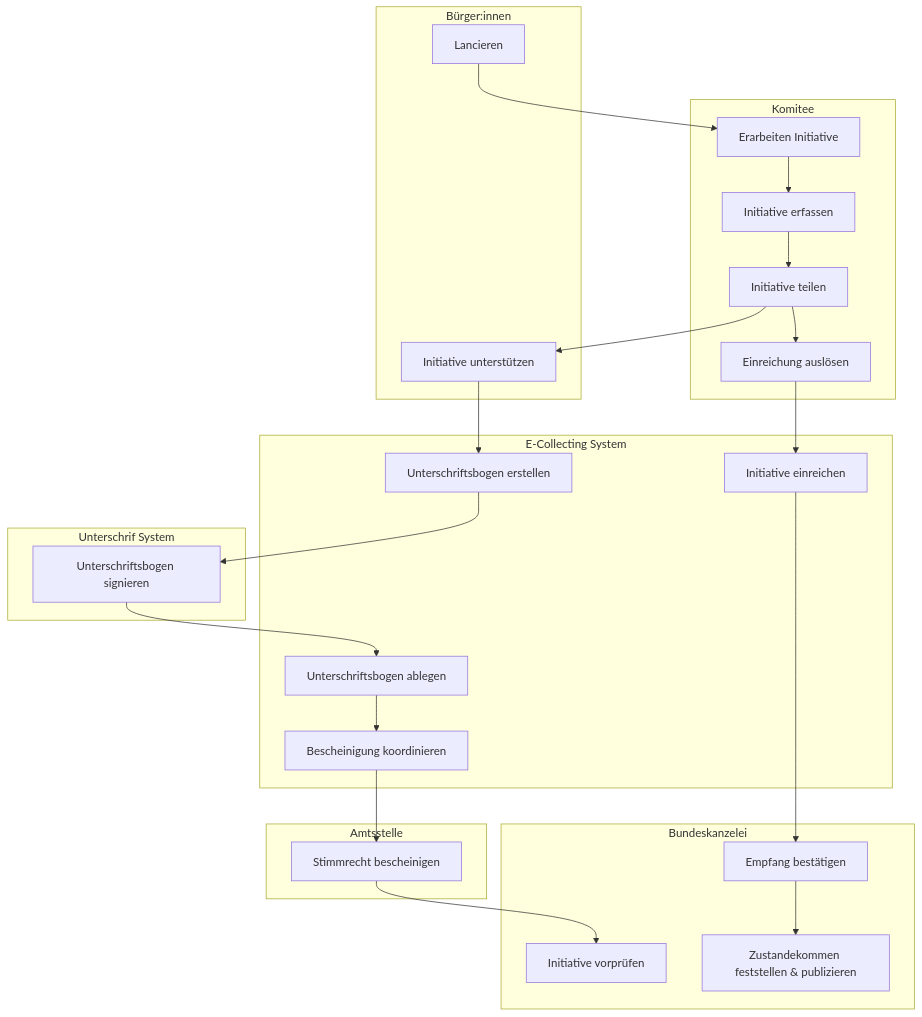
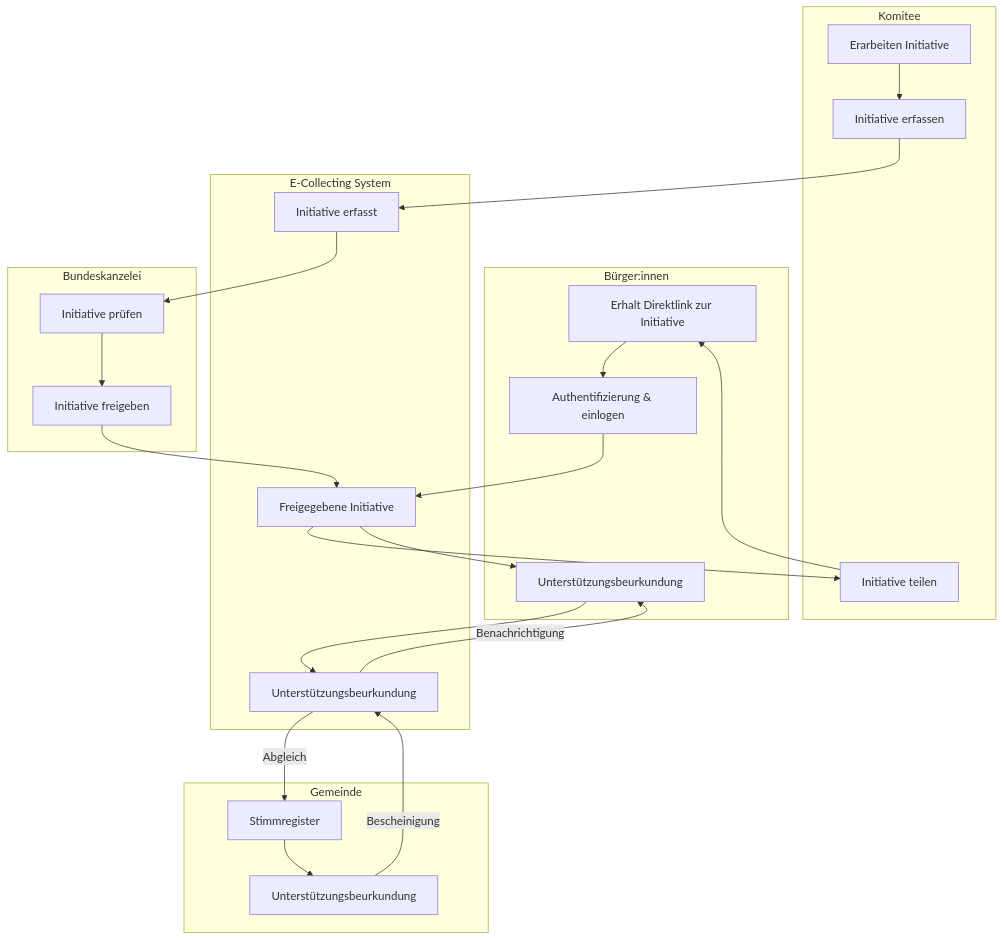
The diagram in README.md (swiss/e-collecting-hackathon-team4), drawn with Mermaid before and after one commit. The commit also changed other lines of this file, not shown here.

````diff
--- a/README.md
+++ b/README.md
@@ -39,46 +37,42 @@
 ```mermaid
 
 flowchart TB
  subgraph B1["Bürger:innen"]
-        B1_1["Lancieren"]
-        B1_2["Initiative unterstützen"]
+        B1_1["Erhalt Direktlink zur Initiative"]
+        B1_2["Authentifizierung & einlogen"]
+        B1_3["Unterstützungsbeurkundung"]
   end
  subgraph B2["Komitee"]
         B2_1["Erarbeiten Initiative"]
         B2_2["Initiative erfassen"]
         B2_3["Initiative teilen"]
-        B2_4["Einreichung auslösen"]
   end
  subgraph B3["E-Collecting System"]
-        B3_1["Unterschriftsbogen erstellen"]
-        B3_2["Unterschriftsbogen ablegen"]
-        B3_3["Bescheinigung koordinieren"]
-        B3_4["Initiative einreichen"]
-  end
- subgraph B4["Unterschrif System"]
-        B4_1["Unterschriftsbogen signieren"]
-  end
- subgraph B5["Amtsstelle"]
-        B5_1["Stimmrecht bescheinigen"]
+        B3_1["Initiative erfasst"]
+        B3_2["Freigegebene Initiative"]
+        B3_3["Unterstützungsbeurkundung"]
   end
  subgraph B6["Bundeskanzelei"]
-        B6_1["Initiative vorprüfen"]
-        B6_2["Empfang bestätigen"]
-        B6_3["Zustandekommen feststellen & publizieren"]
+        B6_1["Initiative prüfen"]
+        B6_2["Initiative freigeben"]
   end
-    B1_1 --> B2_1
+ subgraph B7["Gemeinde"]
+        B7_1["Stimmregister"]
+        B7_2["Unterstützungsbeurkundung"]
+  end
     B2_1 --> B2_2
-    B2_2 --> B2_3
-    B2_3 --> B1_2
-    B1_2 --> B3_1
-    B3_1 --> B4_1
-    B4_1 --> B3_2
-    B3_2 --> B3_3
-    B3_3 --> B5_1
-    B5_1 --> B6_1
-    B2_4 --> B3_4
-    B3_4 --> B6_2
-    B6_2 --> B6_3
-    B2_3--> B2_4
+    B2_2 --> B3_1
+    B3_1 --> B6_1
+    B6_1 --> B6_2
+    B6_2 --> B3_2
+    B3_2 --> B2_3 & B1_3
+    B2_3 --> B1_1
+    B1_1 --> B1_2
+    B1_2 --> B3_2
+    B1_3 --> B3_3
+    B3_3 -- Abgleich --> B7_1
+    B7_1 --> B7_2
+    B7_2 -->|Bescheinigung| B3_3
+    B3_3 --> |Benachrichtigung| B1_3
 
 ```
````
